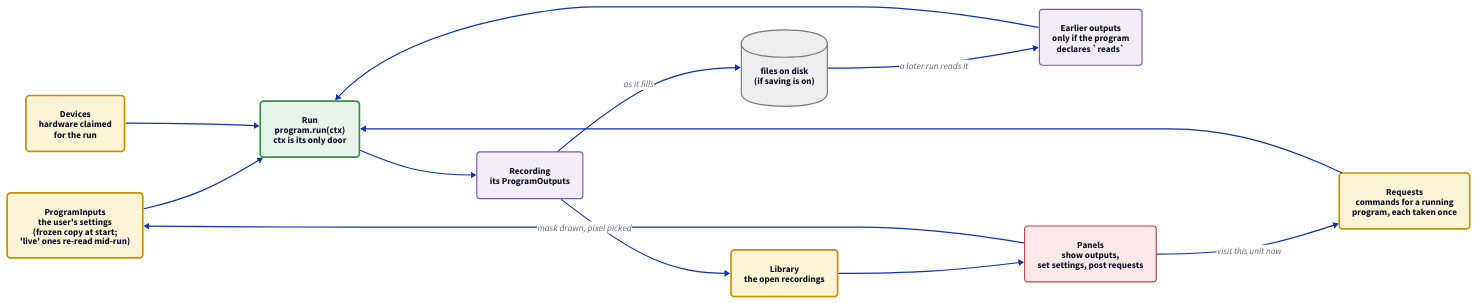
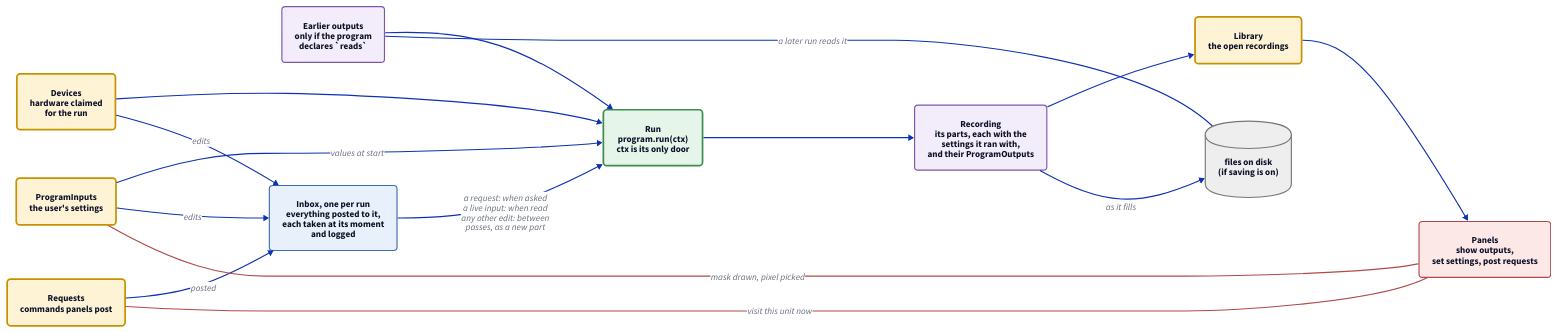
The diagram in docs/diagrams/core.d2 (FishyIshyFishy/pyrpoc), drawn with D2 before and after one commit. The commit also changed 59 other files, not shown here.

```diff
--- a/docs/diagrams/core.d2
+++ b/docs/diagrams/core.d2
@@ -1,35 +1,42 @@
 # Board 1 of 2: what flows into a program and what comes out. See nouns.d2 for the nouns.
 direction: right
 
 classes: {
   coll: {style: {fill: "#fff3d6"; stroke: "#c79200"; stroke-width: 3; border-radius: 6}}
   prog: {style: {fill: "#e6f5e9"; stroke: "#3c8d4f"; stroke-width: 3; border-radius: 6}}
+  inbox: {style: {fill: "#e8f0fb"; stroke: "#3b6db3"; stroke-width: 2; border-radius: 6}}
   val: {style: {fill: "#f3ecfa"; stroke: "#7e57a8"; border-radius: 6}}
   view: {style: {fill: "#fde8e8"; stroke: "#b04a4a"; border-radius: 6}}
   disk: {shape: cylinder; style: {fill: "#eeeeee"; stroke: "#777777"}}
 }
 
-settings: "ProgramInputs\nthe user's settings\n(frozen copy at start;\n'live' ones re-read mid-run)" {class: coll}
-requests: "Requests\ncommands for a running\nprogram, each taken once" {class: coll}
+settings: "ProgramInputs\nthe user's settings" {class: coll}
 devices: "Devices\nhardware claimed\nfor the run" {class: coll}
+requests: "Requests\ncommands panels post" {class: coll}
 earlier: "Earlier outputs\nonly if the program\ndeclares `reads`" {class: val}
+
+inbox: "Inbox, one per run\neverything posted to it,\neach taken at its moment\nand logged" {class: inbox}
 
 run: "Run\nprogram.run(ctx)\nctx is its only door" {class: prog}
 
-recording: "Recording\nits ProgramOutputs" {class: val}
+recording: "Recording\nits parts, each with the\nsettings it ran with,\nand their ProgramOutputs" {class: val}
 library: "Library\nthe open recordings" {class: coll}
 files: "files on disk\n(if saving is on)" {class: disk}
 panels: "Panels\nshow outputs,\nset settings, post requests" {class: view}
 
-settings -> run
-requests -> run
+settings -> run: "values at start"
 devices -> run
 earlier -> run
+
+settings -> inbox: "edits"
+devices -> inbox: "edits"
+requests -> inbox: "posted"
+inbox -> run: "a request: when asked\na live input: when read\nany other edit: between\npasses, as a new part"
 
 run -> recording
 recording -> library
 recording -> files: "as it fills"
-files -> earlier: "a later run reads it"
+earlier -- files: "a later run reads it" {source-arrowhead.shape: triangle}
 library -> panels
-panels -> settings: "mask drawn, pixel picked"
-panels -> requests: "visit this unit now"
+settings -- panels: "mask drawn, pixel picked" {source-arrowhead.shape: triangle; style.stroke: "#b04a4a"}
+requests -- panels: "visit this unit now" {source-arrowhead.shape: triangle; style.stroke: "#b04a4a"}
```
